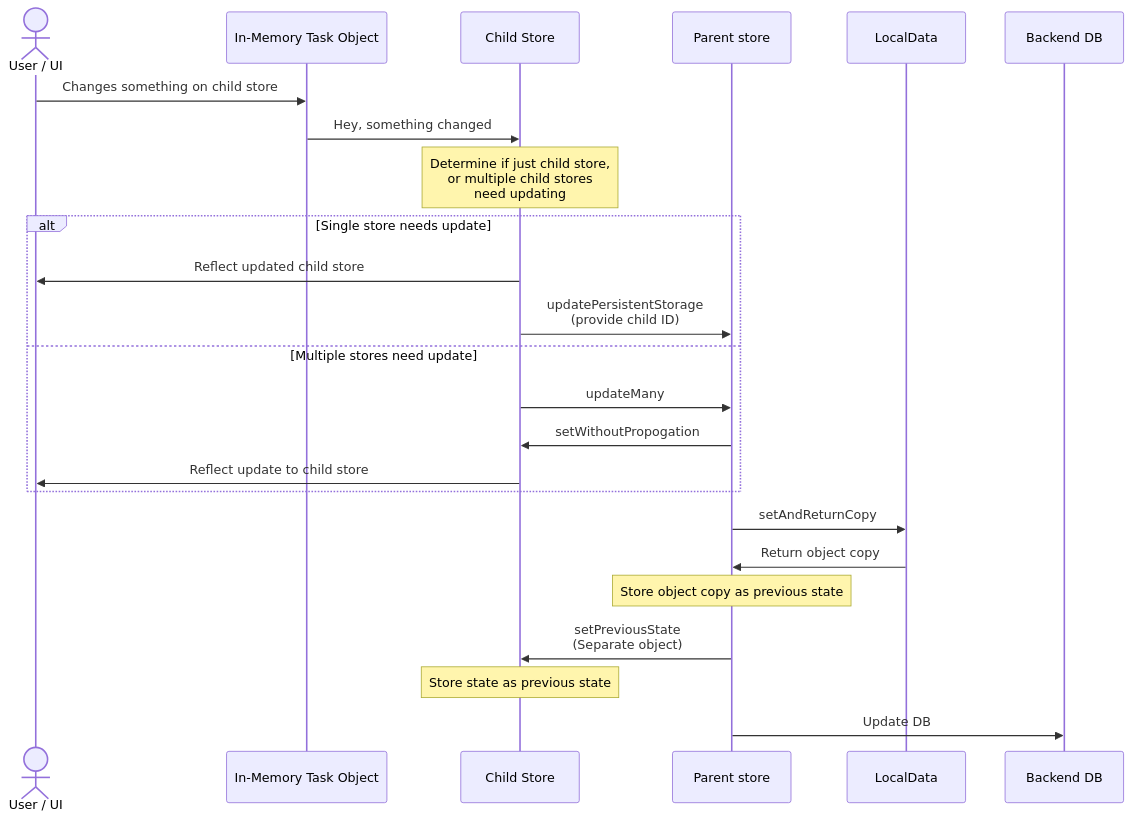
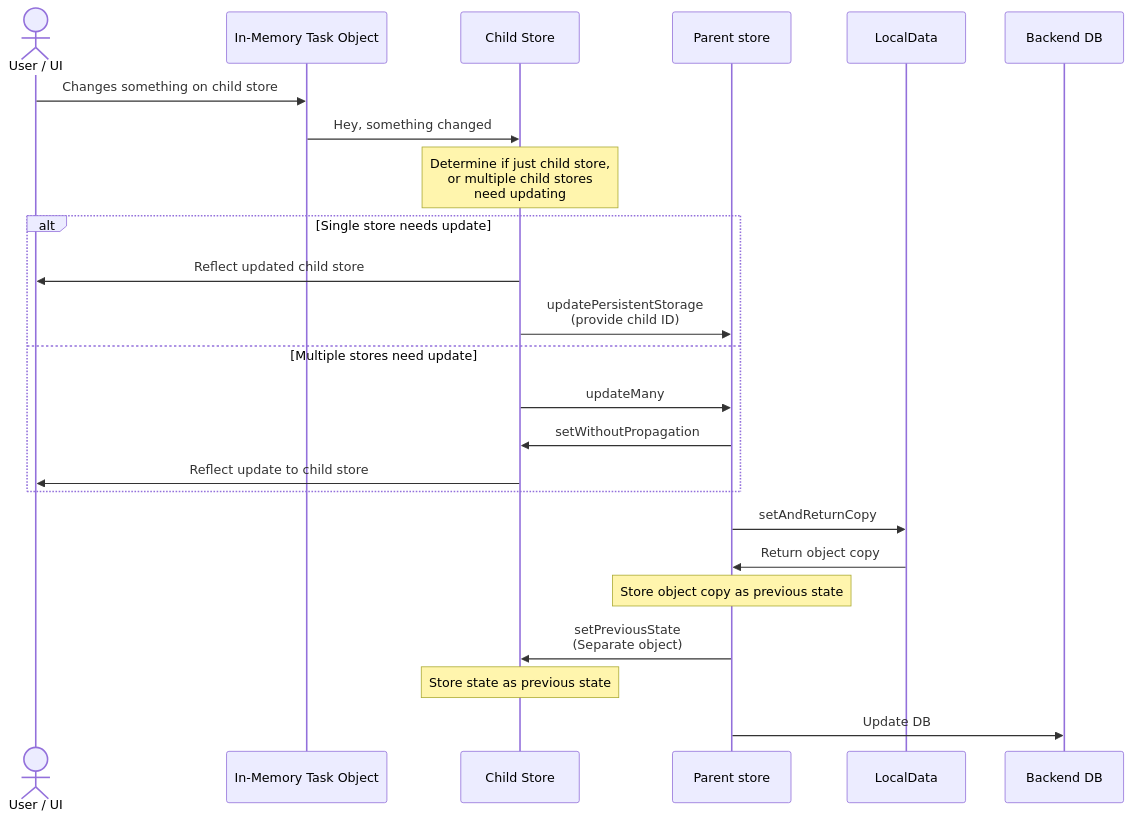
Before and after one commit to aneuhold/dashboard: the diagram in README.md, drawn with Mermaid. The commit also changed 73 other files, not shown here.

````diff
--- a/README.md
+++ b/README.md
@@ -38,27 +38,27 @@
 ```mermaid
 sequenceDiagram
   actor user as User / UI
   participant object as In-Memory Task Object
   participant childStore as Child Store
   participant parentStore as Parent store
   participant localData as LocalData
   participant db as Backend DB
 
   user->>object: Changes something on child store
   object->>childStore: Hey, something changed
   Note over childStore: Determine if just child store,<br/>or multiple child stores<br/>need updating
   alt Single store needs update
     childStore->>user: Reflect updated child store
     childStore->>parentStore: updatePersistentStorage<br/>(provide child ID)
   else Multiple stores need update
     childStore->>parentStore: updateMany
-    parentStore->>childStore: setWithoutPropogation
+    parentStore->>childStore: setWithoutPropagation
     childStore->>user: Reflect update to child store
   end
   parentStore->>localData: setAndReturnCopy
   localData->>parentStore: Return object copy
   Note over parentStore: Store object copy as previous state
   parentStore->>childStore: setPreviousState<br/>(Separate object)
   Note over childStore: Store state as previous state
   parentStore->>db: Update DB
 ```
````
